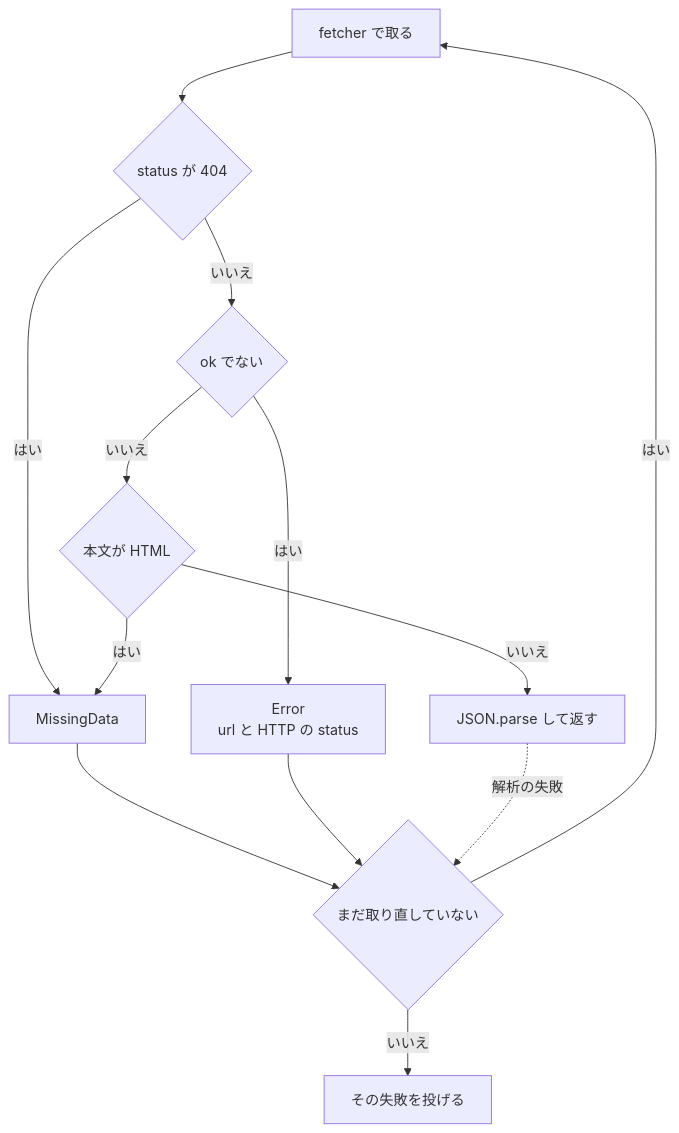
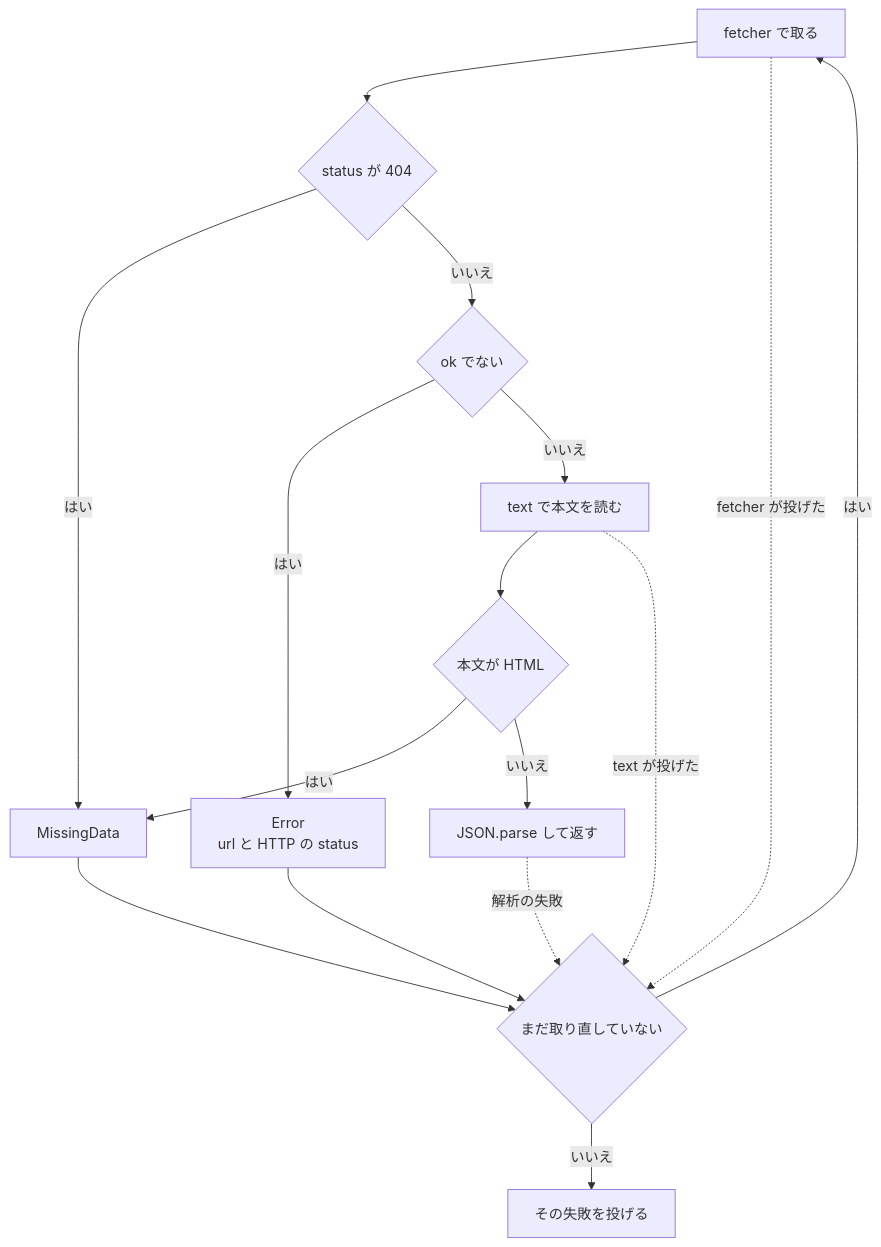
Before and after one commit to maronnjapan/maronn-openid-connect: the seventh of 42 diagrams in apps/tests/docs/06-viewer.md, drawn with Mermaid. The commit also changed other lines of this file and 11 other files, not shown here.

````diff
--- a/apps/tests/docs/06-viewer.md
+++ b/apps/tests/docs/06-viewer.md
@@ -370,24 +506,28 @@
 ```mermaid
 flowchart TB
   A["fetcher で取る"]
   B{"status が 404"}
   C{"ok でない"}
+  T["text で本文を読む"]
   D{"本文が HTML"}
   E["JSON.parse して返す"]
   M["MissingData"]
   H["Error<br/>url と HTTP の status"]
   R{"まだ取り直していない"}
   X["その失敗を投げる"]
   A --> B
   B -->|"はい"| M
   B -->|"いいえ"| C
   C -->|"はい"| H
-  C -->|"いいえ"| D
+  C -->|"いいえ"| T
+  T --> D
   D -->|"はい"| M
   D -->|"いいえ"| E
   M --> R
   H --> R
+  A -. "fetcher が投げた" .-> R
+  T -. "text が投げた" .-> R
   E -. "解析の失敗" .-> R
   R -->|"はい"| A
   R -->|"いいえ"| X
 ```
````
